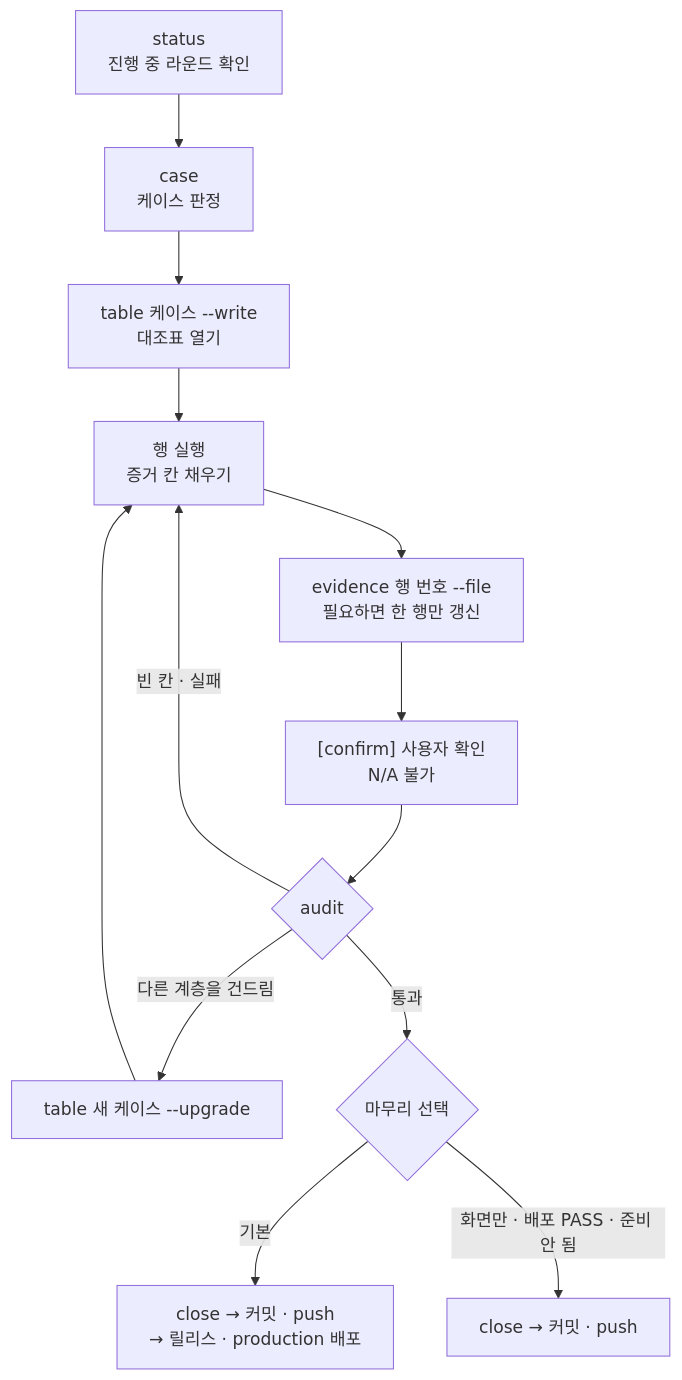
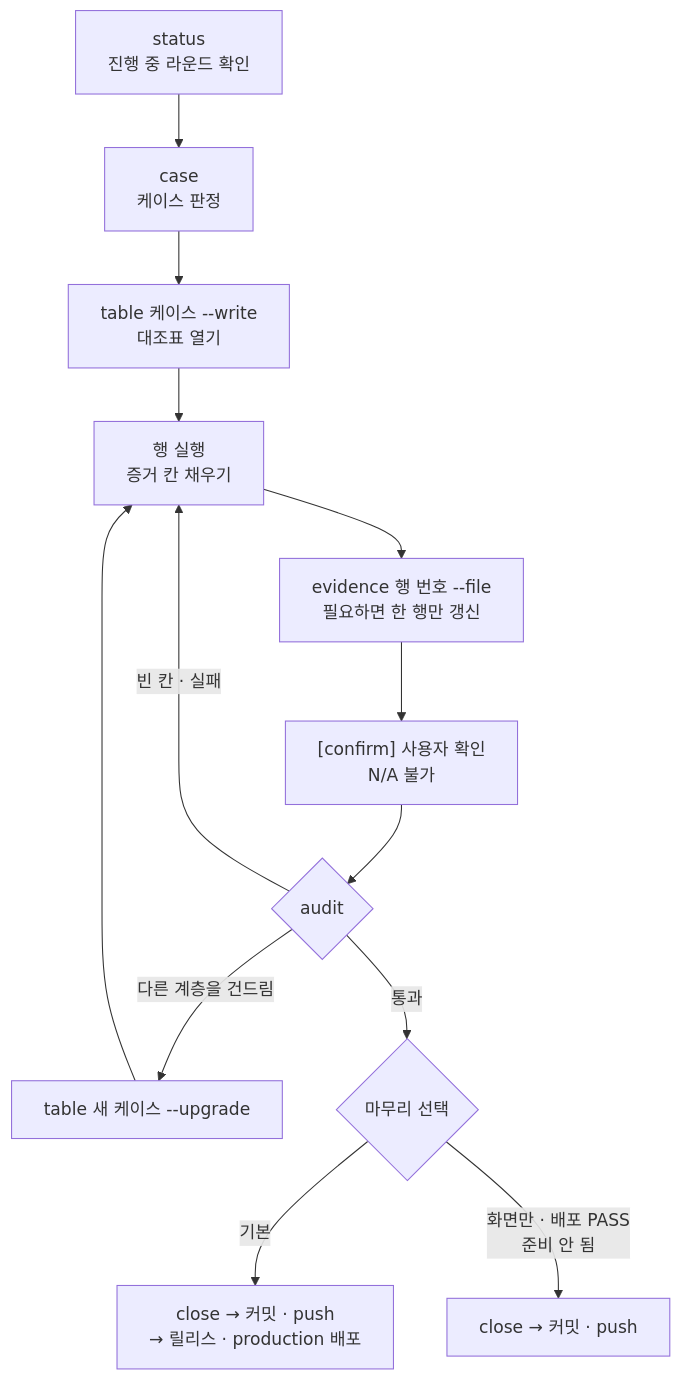
One commit to roadkwon-ai/pro-kit changed the first of 2 diagrams in handbook/concepts/dev-cycle.md. Above: the diagram before and after it, drawn with Mermaid. The commit also changed 9 other files, not shown here.

````diff
--- a/handbook/concepts/dev-cycle.md
+++ b/handbook/concepts/dev-cycle.md
@@ -20,20 +20,20 @@
 ```mermaid
 ---
 config:
   flowchart:
     wrappingWidth: 220
 ---
 flowchart TB
   S["status<br/>진행 중 라운드 확인"] --> C["case<br/>케이스 판정"]
   C --> T["table 케이스 --write<br/>대조표 열기"]
   T --> R["행 실행<br/>증거 칸 채우기"]
   R --> EV["evidence 행 번호 --file<br/>필요하면 한 행만 갱신"]
   EV --> CF["[confirm] 사용자 확인<br/>N/A 불가"]
   CF --> A{"audit"}
   A -->|빈 칸 · 실패| R
   A -->|다른 계층을 건드림| U["table 새 케이스 --upgrade"]
   U --> R
   A -->|통과| Q{"마무리 선택"}
   Q -->|기본| RD["close → 커밋 · push<br/>→ 릴리스 · production 배포"]
-  Q -->|화면만 · 배포 PASS · 준비 안 됨| CL["close → 커밋 · push"]
+  Q -->|"화면만 · 배포 PASS<br/>준비 안 됨"| CL["close → 커밋 · push"]
 ```
````
